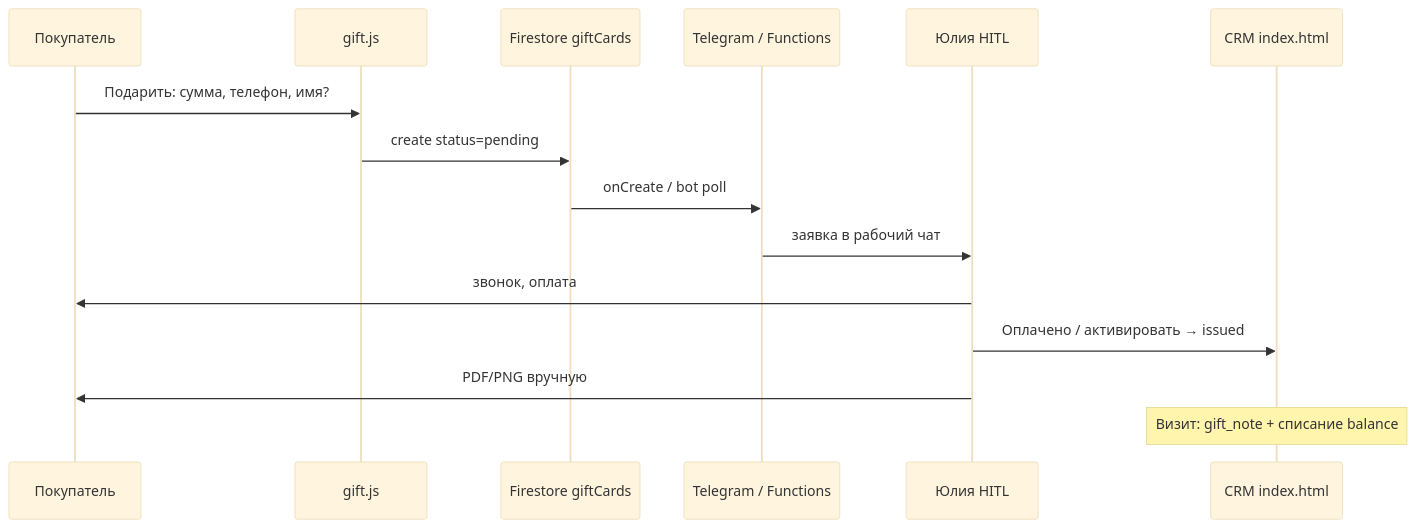
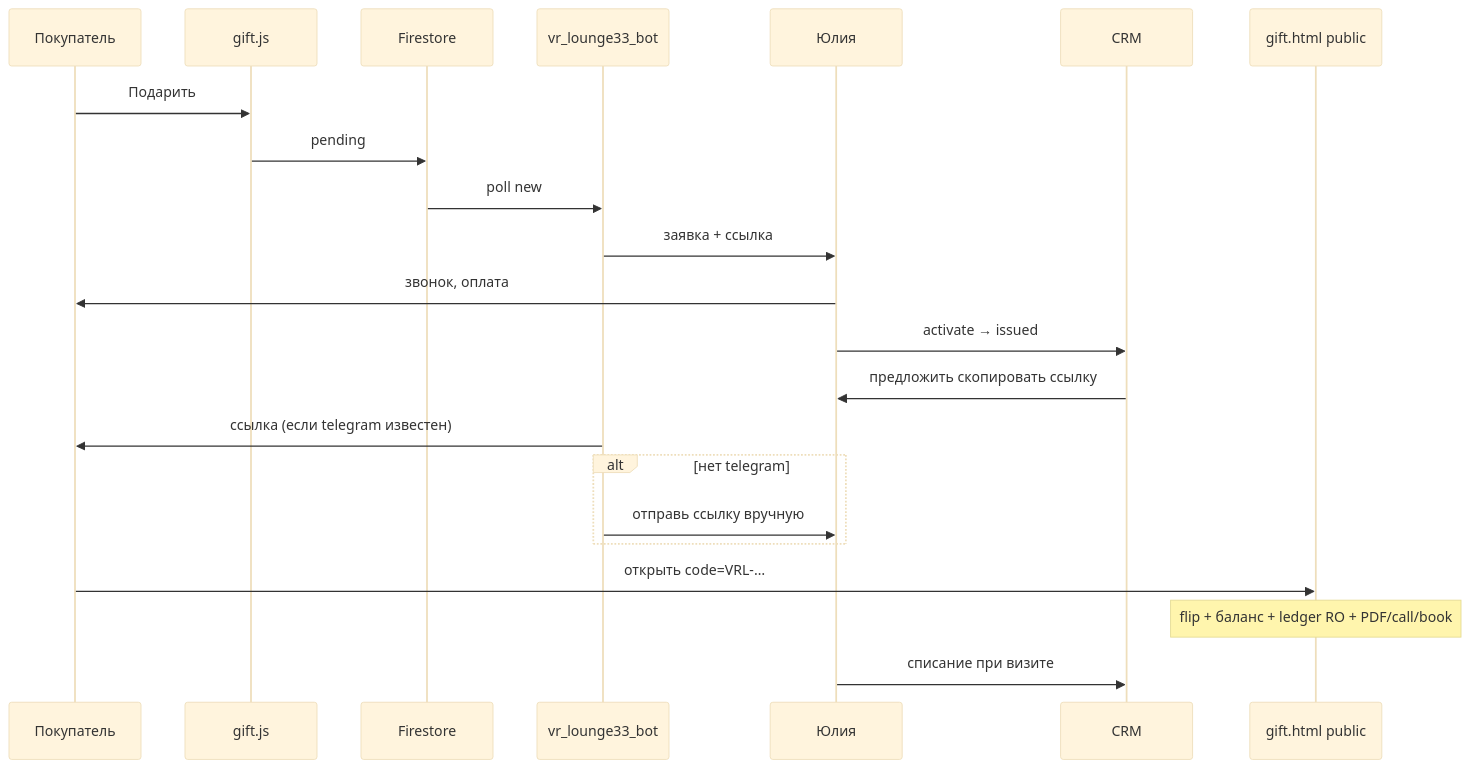
The diagram in GIFT_CARD_SYNC_SOURCE_OF_TRUTH.md (VR-Lounge/-), drawn with Mermaid (base theme) before and after one commit. The commit also changed other lines of this file and 5 other files, not shown here.

First line of the commit message:
feat(gift): client link delivery via CRM and Telegram bot

````diff
--- a/GIFT_CARD_SYNC_SOURCE_OF_TRUTH.md
+++ b/GIFT_CARD_SYNC_SOURCE_OF_TRUTH.md
@@ -111,18 +106,25 @@
 ```mermaid
 sequenceDiagram
   participant U as Покупатель
   participant W as gift.js
-  participant F as Firestore giftCards
-  participant T as Telegram / Functions
-  participant J as Юлия HITL
-  participant C as CRM index.html
+  participant F as Firestore
+  participant B as vr_lounge33_bot
+  participant J as Юлия
+  participant C as CRM
+  participant P as gift.html public
 
-  U->>W: Подарить: сумма, телефон, имя?
-  W->>F: create status=pending
-  F->>T: onCreate / bot poll
-  T->>J: заявка в рабочий чат
+  U->>W: Подарить
+  W->>F: pending
+  F->>B: poll new
+  B->>J: заявка + ссылка
   J->>U: звонок, оплата
-  J->>C: Оплачено / активировать → issued
-  J->>U: PDF/PNG вручную
-  Note over C: Визит: gift_note + списание balance
+  J->>C: activate → issued
+  C->>J: предложить скопировать ссылку
+  B->>U: ссылка (если telegram известен)
+  alt нет telegram
+    B->>J: отправь ссылку вручную
+  end
+  U->>P: открыть code=VRL-…
+  Note over P: flip + баланс + ledger RO + PDF/call/book
+  J->>C: списание при визите
 ```
````
